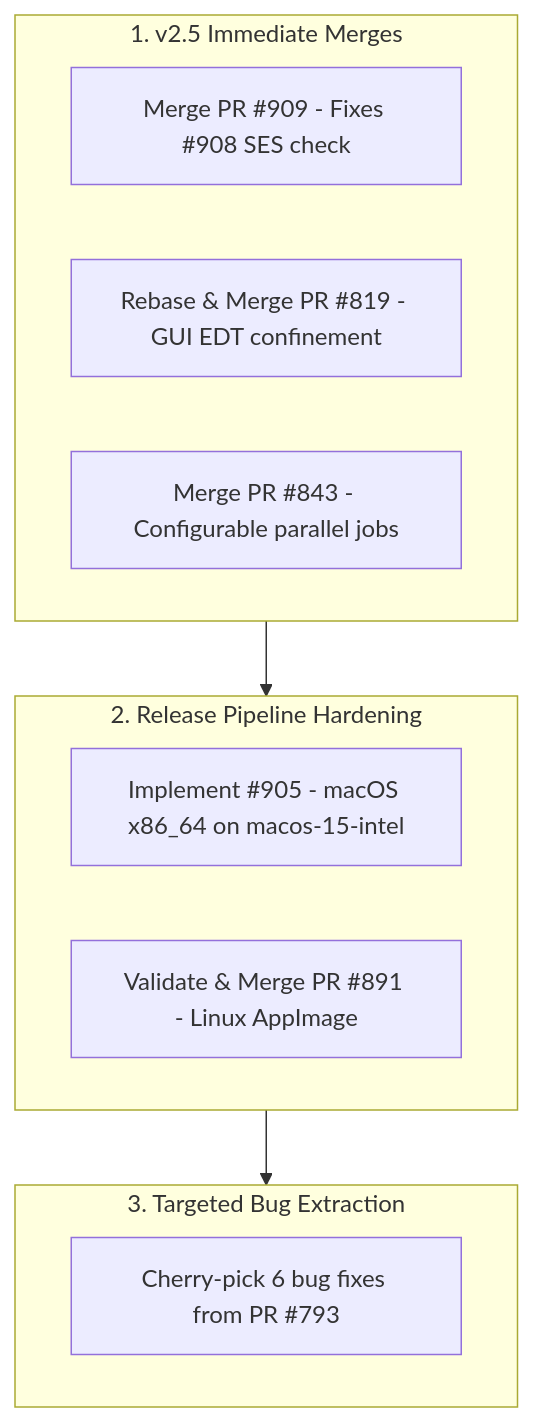
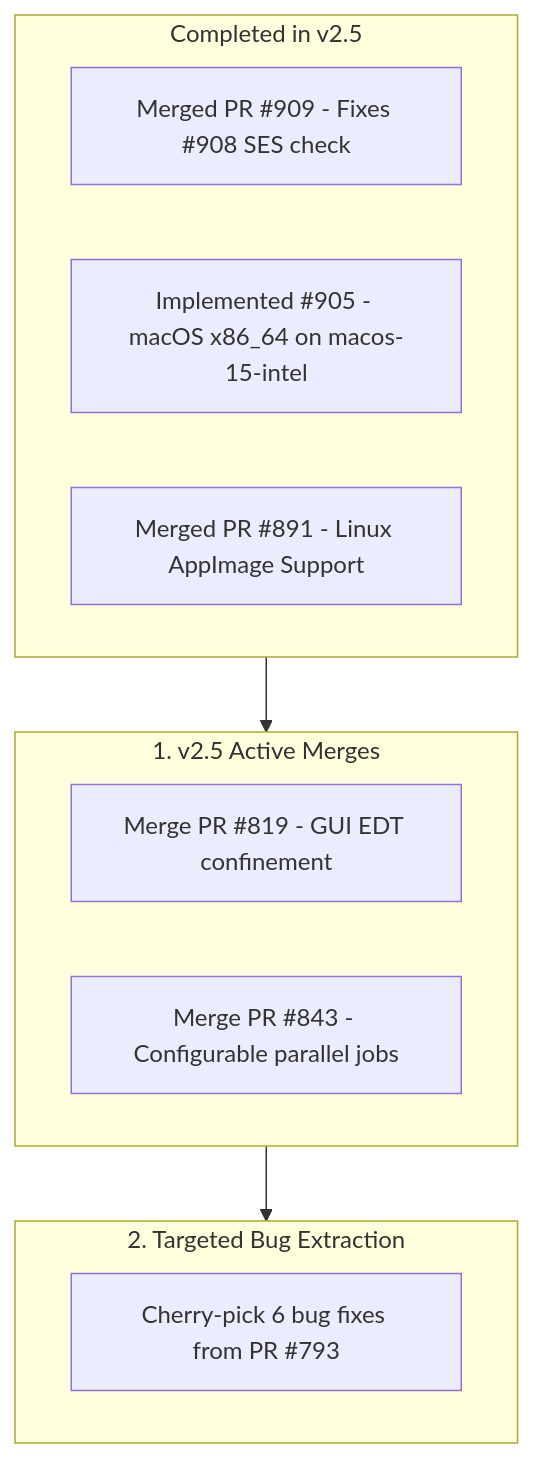
One commit to freerouting/freerouting changed the diagram in docs/research/backlog_triage_and_investigation_notes.md. Above: the diagram before and after it, drawn with Mermaid. The commit also changed other lines of this file, not shown here.

Commit message:
docs(research): record merged PR #909, PR #891, and closed Issue #905 in backlog triage

````diff
--- a/docs/research/backlog_triage_and_investigation_notes.md
+++ b/docs/research/backlog_triage_and_investigation_notes.md
@@ -160,20 +162,20 @@
 ```mermaid
 flowchart TD
-    subgraph Immediate ["1. v2.5 Immediate Merges"]
-        A[Merge PR #909 - Fixes #908 SES check]
-        B[Rebase & Merge PR #819 - GUI EDT confinement]
-        C[Merge PR #843 - Configurable parallel jobs]
+    subgraph Done ["Completed in v2.5"]
+        A["Merged PR #909 - Fixes #908 SES check"]
+        D["Implemented #905 - macOS x86_64 on macos-15-intel"]
+        E["Merged PR #891 - Linux AppImage Support"]
     end
 
-    subgraph Packaging ["2. Release Pipeline Hardening"]
-        D[Implement #905 - macOS x86_64 on macos-15-intel]
-        E[Validate & Merge PR #891 - Linux AppImage]
+    subgraph Immediate ["1. v2.5 Active Merges"]
+        B["Merge PR #819 - GUI EDT confinement"]
+        C["Merge PR #843 - Configurable parallel jobs"]
     end
 
-    subgraph EngineFixes ["3. Targeted Bug Extraction"]
-        F[Cherry-pick 6 bug fixes from PR #793]
+    subgraph EngineFixes ["2. Targeted Bug Extraction"]
+        F["Cherry-pick 6 bug fixes from PR #793"]
     end
 
-    Immediate --> Packaging
-    Packaging --> EngineFixes
+    Done --> Immediate
+    Immediate --> EngineFixes
 ```
````
